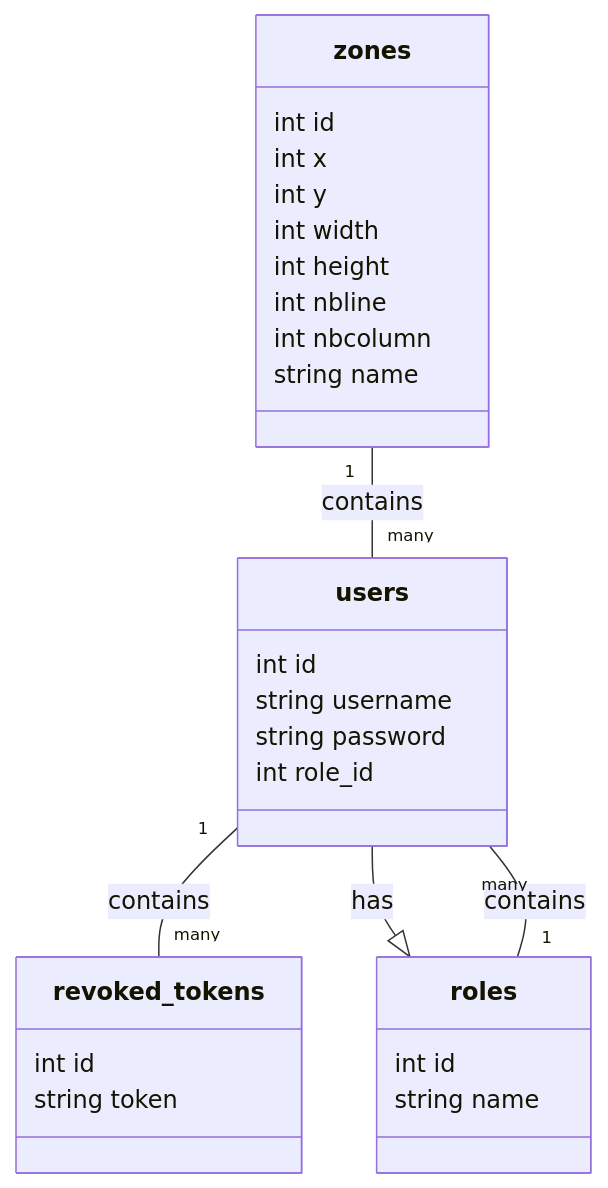
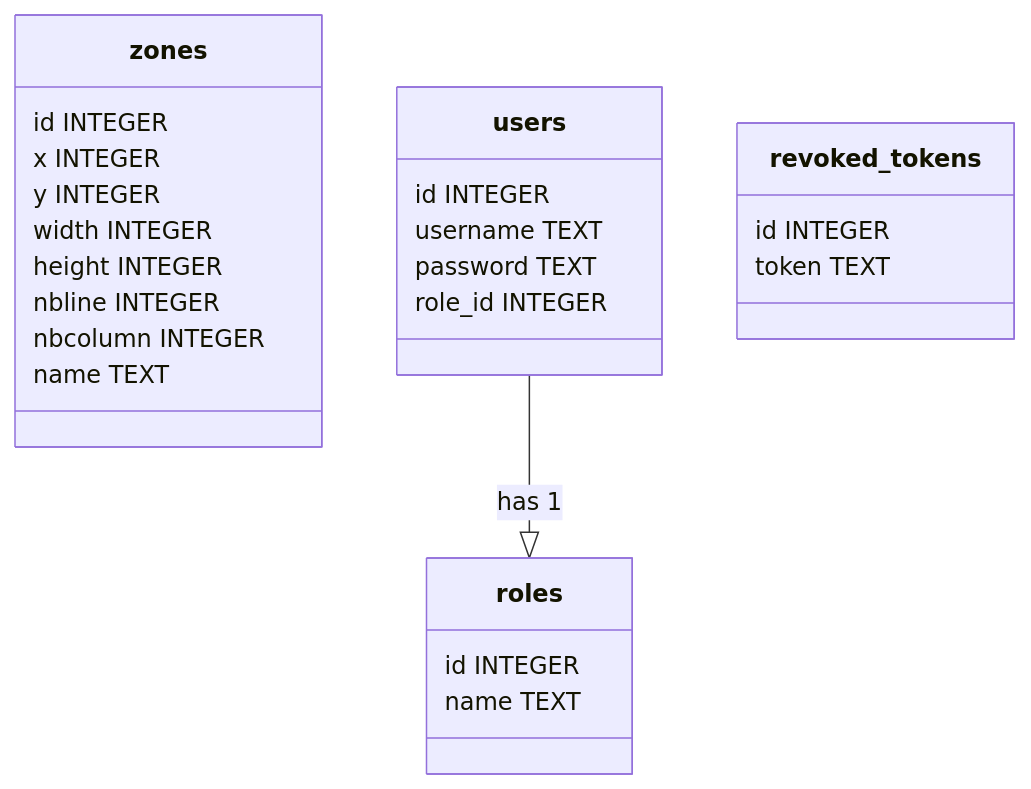
Before and after one commit to LoicSERRE/Projet-annuel-BUT3: the first of 3 diagrams in README.md, drawn with Mermaid. The commit also changed other lines of this file, not shown here.

````diff
--- a/README.md
+++ b/README.md
@@ -285,23 +285,28 @@
 ```mermaid
 classDiagram
-      zones "1" -- "many" users : contains
-      roles "1" -- "many" users : contains
-      users "1" -- "many" revoked_tokens : contains
-      zones : int id
-      zones : int x
-      zones : int y
-      zones : int width
-      zones : int height
-      zones : int nbline
-      zones : int nbcolumn
-      zones : string name
-      roles : int id
-      roles : string name
-      users : int id
-      users : string username
-      users : string password
-      users : int role_id
-      users --|> roles : has
-      revoked_tokens : int id
-      revoked_tokens : string token
+    class zones {
+        id INTEGER
+        x INTEGER
+        y INTEGER
+        width INTEGER
+        height INTEGER
+        nbline INTEGER
+        nbcolumn INTEGER
+        name TEXT
+    }
+    class roles {
+        id INTEGER
+        name TEXT
+    }
+    class users {
+        id INTEGER
+        username TEXT
+        password TEXT
+        role_id INTEGER
+    }
+    class revoked_tokens {
+        id INTEGER
+        token TEXT
+    }
+    users --|> roles : has 1
 ```
````
